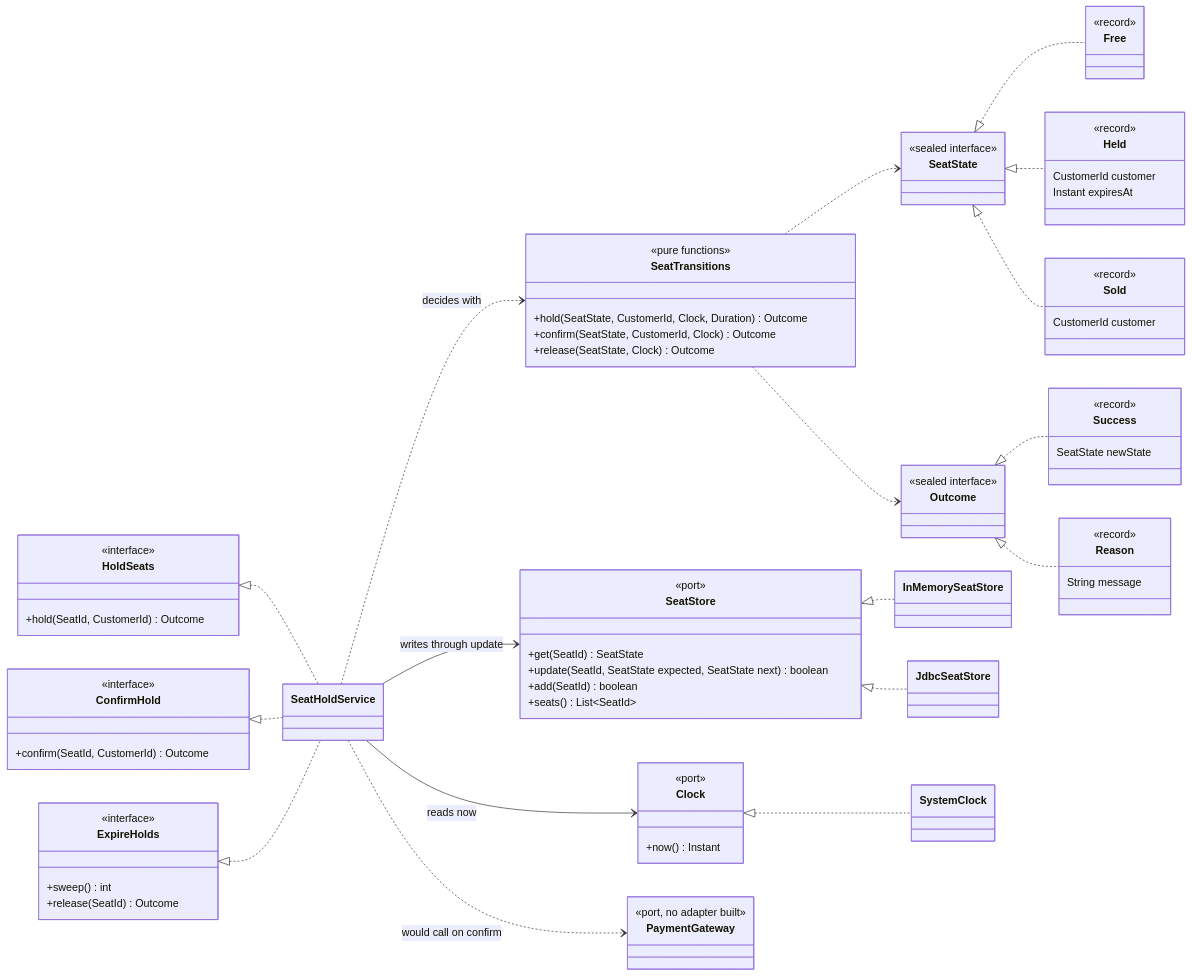
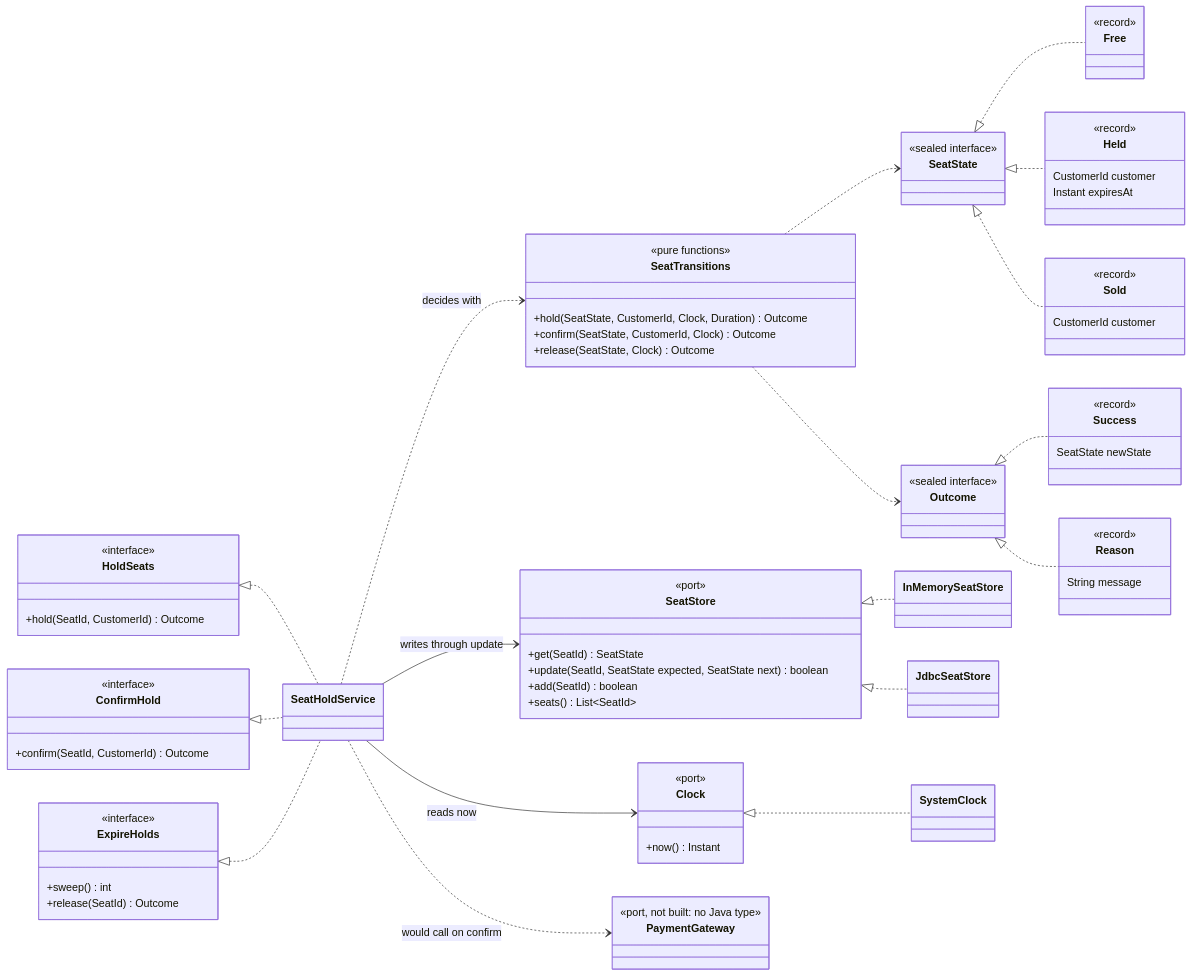
The first of 2 diagrams in ARCHITECTURE.md (plainround-projects/ood-seat-holds), drawn with Mermaid before and after one commit. The commit also changed other lines of this file and 1 other file, not shown here.

Commit message:
docs: align the architecture notes with the code

```diff
--- a/ARCHITECTURE.md
+++ b/ARCHITECTURE.md
@@ -98,7 +98,7 @@
         +seats() List~SeatId~
     }
     class PaymentGateway {
-        <<port, no adapter built>>
+        <<port, not built: no Java type>>
     }
     class InMemorySeatStore
     class JdbcSeatStore
```
